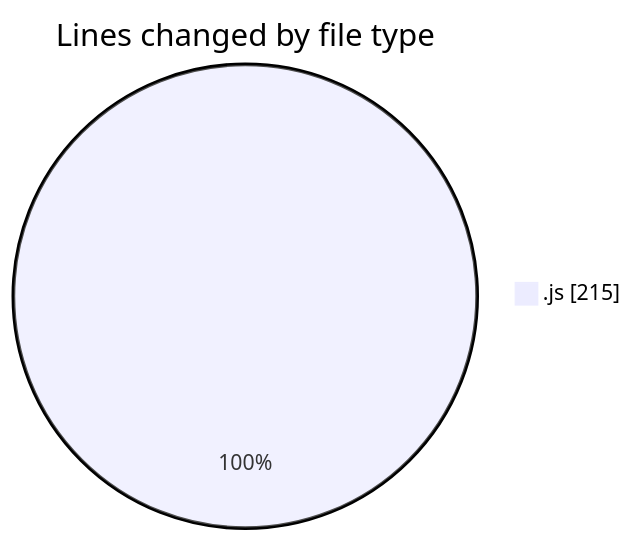
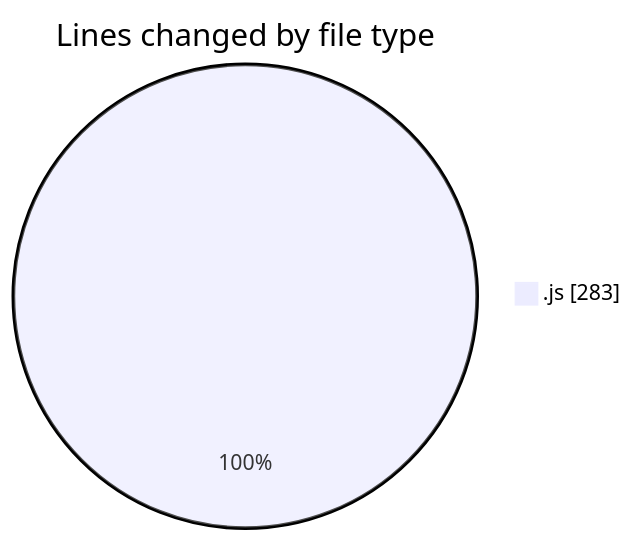
Before and after one commit to nxtqubesakshisongat/code-tracking: the first of 2 diagrams in 2025-06-18/nxtqube_webapp/README.md, drawn with Mermaid. The commit also changed other lines of this file and 1 other file, not shown here.

````diff
--- a/2025-06-18/nxtqube_webapp/README.md
+++ b/2025-06-18/nxtqube_webapp/README.md
@@ -20,5 +22,5 @@
 ```mermaid
 pie showData
 title Lines changed by file type
-".js" : 215
+".js" : 283
 ```
````
